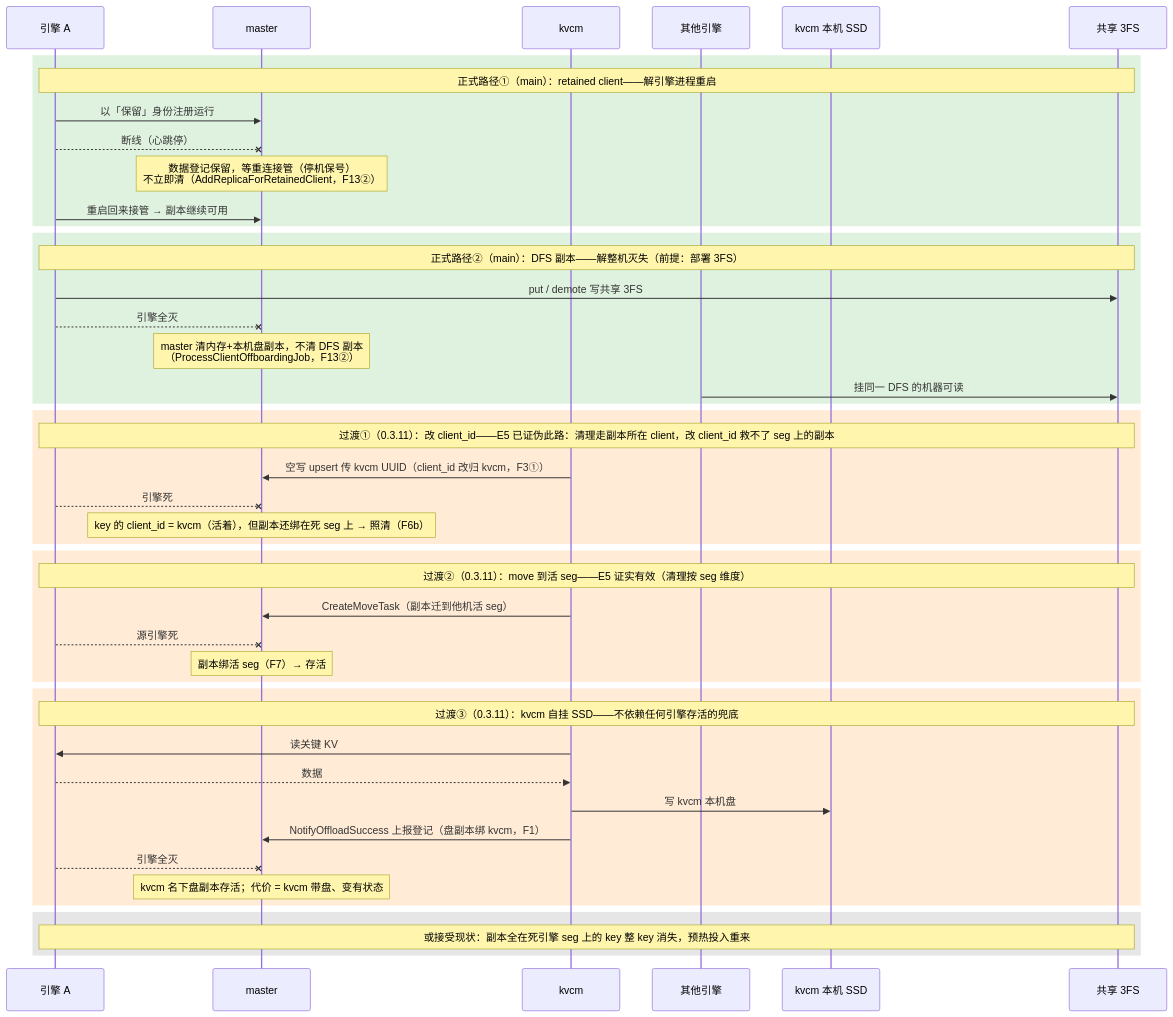
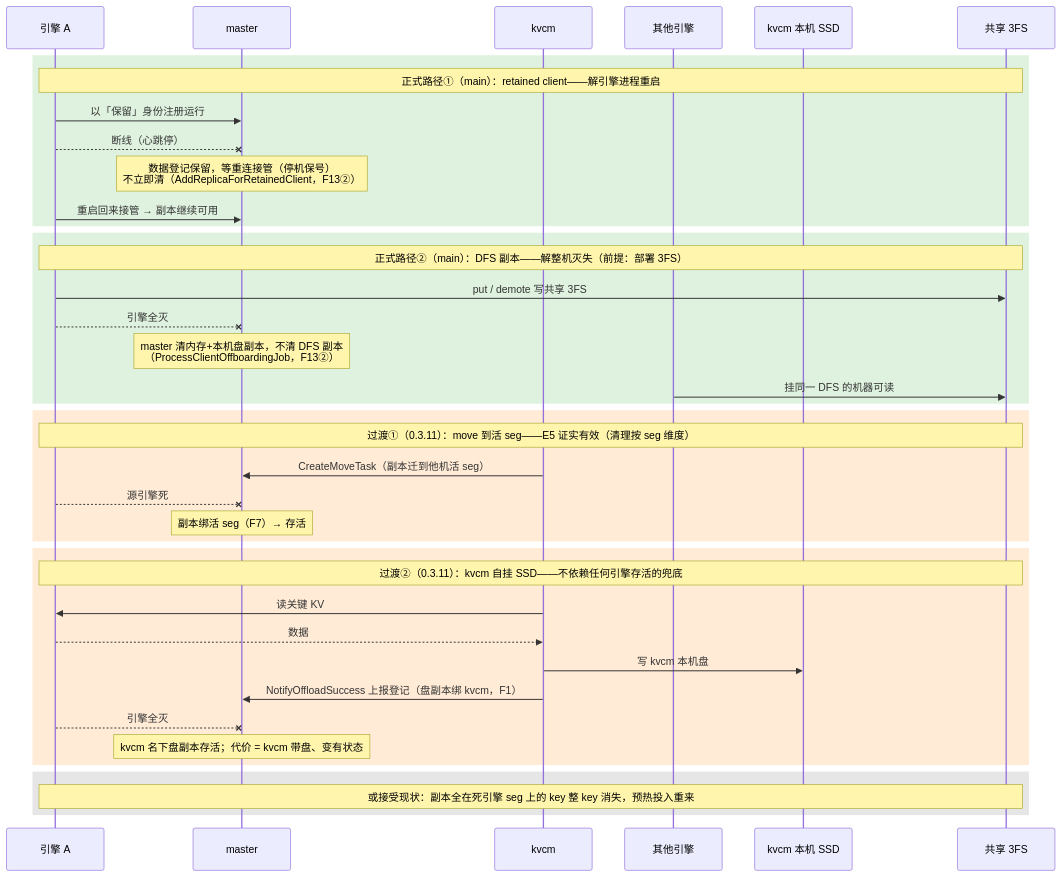
One commit to 5x8-40/lake changed the eighth of 10 diagrams in kvcm/D2-kv-operations.md. Above: the diagram before and after it, drawn with Mermaid. The commit also changed other lines of this file and 1 other file, not shown here.

Commit message:
docs(kvcm): 清 E5 闭环后失效的方案残留
- 图⑦删「过渡① 改 client_id」分支（E5 证伪：改的是鉴权字段，副本还绑
  死 seg 照清）——六方案→五方案，过渡②③顺次改号；图注补「改 client_id
  为何不在过渡手段里」
- D1 demote 条清「下线前降层防整批删除」旧用途叙事——直接陈述：降层
  防不了副本随引擎下线被清（盘副本也绑引擎 client）
- 保留结论性否定（§4 正文/图注/summary 各一句「改 client_id 对 retain
  无效」）防重提；§2 的 client_id 方案不受影响（它解 pin 权限，与 retain
  早已脱钩）
- 顺手修「不是client_id」前粘连

````diff
--- a/kvcm/D2-kv-operations.md
+++ b/kvcm/D2-kv-operations.md
@@ -685,53 +685,46 @@
 ```mermaid
 sequenceDiagram
     participant E as 引擎 A
     participant M as master
     participant K as kvcm
     participant B as 其他引擎
     participant KS as kvcm 本机 SSD
     participant DFS as 共享 3FS
 
     rect rgb(223, 242, 223)
     Note over E,DFS: 正式路径①（main）：retained client——解引擎进程重启
     E->>M: 以「保留」身份注册运行
     E--xM: 断线（心跳停）
     Note over M: 数据登记保留，等重连接管（停机保号）<br/>不立即清（AddReplicaForRetainedClient，F13②）
     E->>M: 重启回来接管 → 副本继续可用
     end
 
     rect rgb(223, 242, 223)
     Note over E,DFS: 正式路径②（main）：DFS 副本——解整机灭失（前提：部署 3FS）
     E->>DFS: put / demote 写共享 3FS
     E--xM: 引擎全灭
     Note over M: master 清内存+本机盘副本，不清 DFS 副本<br/>（ProcessClientOffboardingJob，F13②）
     B->>DFS: 挂同一 DFS 的机器可读
     end
 
     rect rgb(255, 235, 214)
-    Note over E,DFS: 过渡①（0.3.11）：改 client_id——E5 已证伪此路：清理走副本所在 client，改 client_id 救不了 seg 上的副本
-    K->>M: 空写 upsert 传 kvcm UUID（client_id 改归 kvcm，F3①）
-    E--xM: 引擎死
-    Note over M: key 的 client_id = kvcm（活着），但副本还绑在死 seg 上 → 照清（F6b）
-    end
-
-    rect rgb(255, 235, 214)
-    Note over E,DFS: 过渡②（0.3.11）：move 到活 seg——E5 证实有效（清理按 seg 维度）
+    Note over E,DFS: 过渡①（0.3.11）：move 到活 seg——E5 证实有效（清理按 seg 维度）
     K->>M: CreateMoveTask（副本迁到他机活 seg）
     E--xM: 源引擎死
     Note over M: 副本绑活 seg（F7）→ 存活
     end
 
     rect rgb(255, 235, 214)
-    Note over E,DFS: 过渡③（0.3.11）：kvcm 自挂 SSD——不依赖任何引擎存活的兜底
+    Note over E,DFS: 过渡②（0.3.11）：kvcm 自挂 SSD——不依赖任何引擎存活的兜底
     K->>E: 读关键 KV
     E-->>K: 数据
     K->>KS: 写 kvcm 本机盘
     K->>M: NotifyOffloadSuccess 上报登记（盘副本绑 kvcm，F1）
     E--xM: 引擎全灭
     Note over M: kvcm 名下盘副本存活；代价 = kvcm 带盘、变有状态
     end
 
     rect rgb(230, 230, 230)
     Note over E,DFS: 或接受现状：副本全在死引擎 seg 上的 key 整 key 消失，预热投入重来
     end
 ```
````
